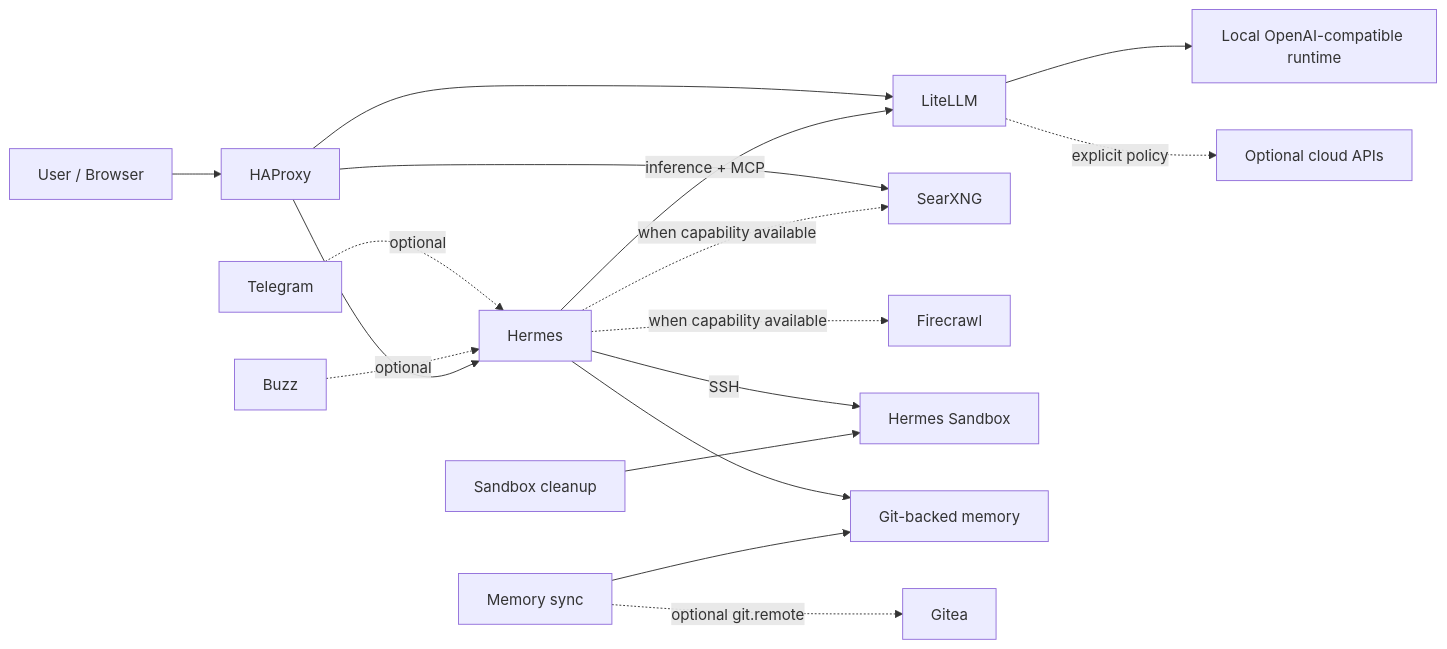
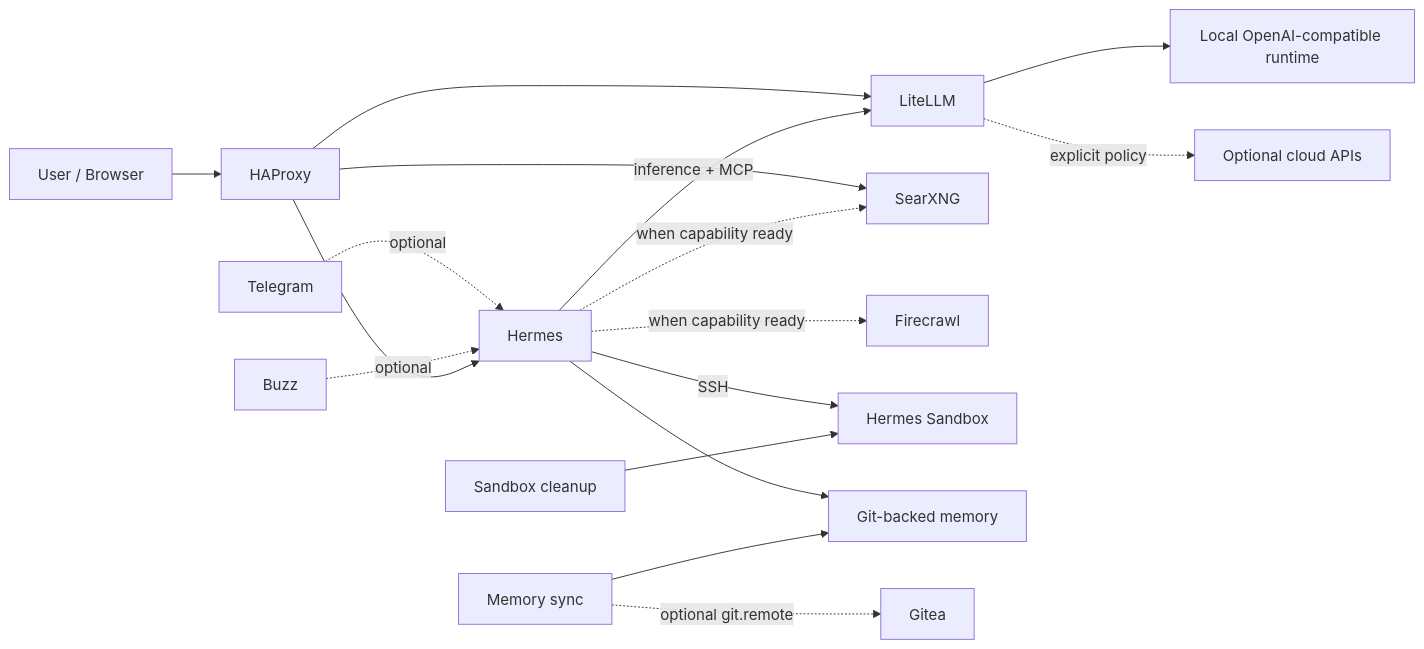
The third of 6 diagrams in README.md (ea1het/local_hybrid_ai), drawn with Mermaid before and after one commit. The commit also changed other lines of this file, not shown here.

````diff
--- a/README.md
+++ b/README.md
@@ -70,19 +101,19 @@
 ```mermaid
 flowchart LR
     U[User / Browser] --> HP[HAProxy]
     TG[Telegram] -.->|optional| H[Hermes]
     BZ[Buzz] -.->|optional| H
     HP --> H
     HP --> LL[LiteLLM]
     HP --> SX[SearXNG]
     H -->|inference + MCP| LL
     LL --> LOCAL[Local OpenAI-compatible runtime]
     LL -.->|explicit policy| CLOUD[Optional cloud APIs]
-    H -.->|when capability available| SX
-    H -.->|when capability available| FC[Firecrawl]
+    H -.->|when capability ready| SX
+    H -.->|when capability ready| FC[Firecrawl]
     H -->|SSH| SB[Hermes Sandbox]
     H --> MEM[Git-backed memory]
     MS[Memory sync] -.->|optional git.remote| G[Gitea]
     MS --> MEM
     CLEAN[Sandbox cleanup] --> SB
 ```
````
